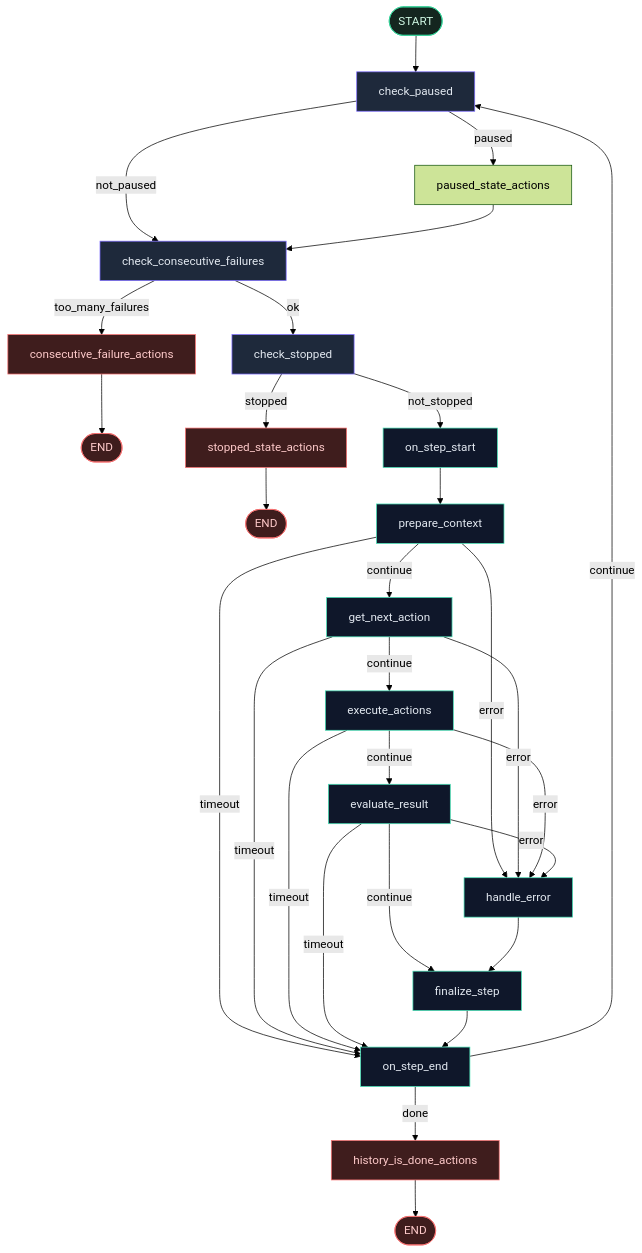
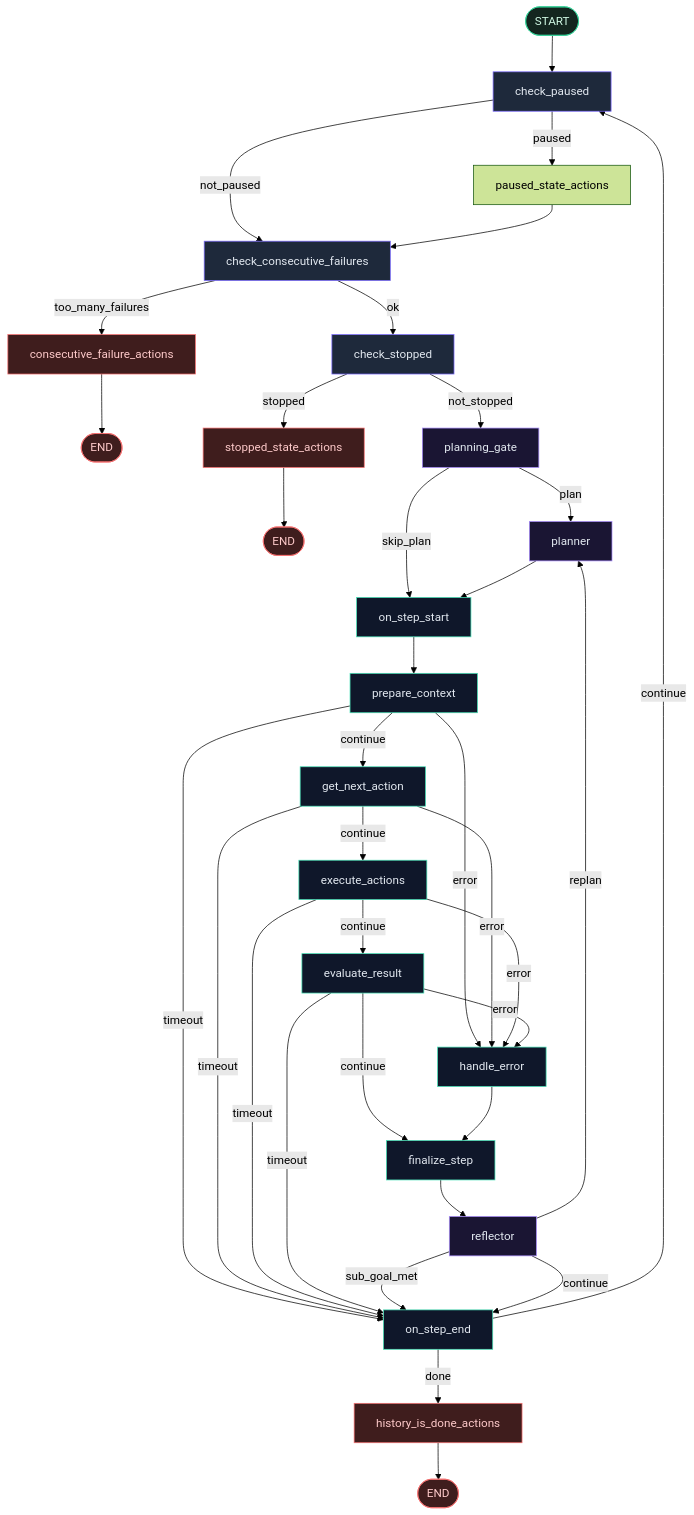
The diagram in README.md (dv7453/OrchestrAI), drawn with Mermaid (forest theme) before and after one commit. The commit also changed other lines of this file and 20 other files, not shown here.

````diff
--- a/README.md
+++ b/README.md
@@ -129,50 +209,60 @@
 ```mermaid
 flowchart TD
   START([START]) --> CP[check_paused]
 
   CP -->|paused| PA[paused_state_actions]
   CP -->|not_paused| CF[check_consecutive_failures]
   PA --> CF
 
   CF -->|too_many_failures| FAIL[consecutive_failure_actions]
   CF -->|ok| CS[check_stopped]
   FAIL --> END1([END])
 
   CS -->|stopped| STOP[stopped_state_actions]
-  CS -->|not_stopped| OSS[on_step_start]
+  CS -->|not_stopped| PG[planning_gate]
   STOP --> END2([END])
+
+  PG -->|plan| PL[planner]
+  PG -->|skip_plan| OSS[on_step_start]
+  PL --> OSS
 
   OSS --> PC[prepare_context]
   PC -->|timeout| OSE[on_step_end]
   PC -->|error| HE[handle_error]
   PC -->|continue| GNA[get_next_action]
 
   GNA -->|timeout| OSE
   GNA -->|error| HE
   GNA -->|continue| EA[execute_actions]
 
   EA -->|timeout| OSE
   EA -->|error| HE
   EA -->|continue| ER[evaluate_result]
 
   ER -->|timeout| OSE
   ER -->|error| HE
   ER -->|continue| FS[finalize_step]
 
   HE --> FS
-  FS --> OSE
+  FS --> RF[reflector]
+
+  RF -->|sub_goal_met| OSE
+  RF -->|continue| OSE
+  RF -->|replan| PL
 
   OSE -->|done| DONE[history_is_done_actions]
   OSE -->|continue| CP
   DONE --> END3([END])
 
   classDef guard fill:#1e293b,stroke:#7c6cff,color:#e2e8f0
   classDef step fill:#0f172a,stroke:#46E3B7,color:#e2e8f0
+  classDef plan fill:#1a1533,stroke:#a78bfa,color:#e2e8f0
   classDef endn fill:#3f1d1d,stroke:#f87171,color:#fecaca
   classDef start fill:#14261f,stroke:#34d399,color:#d1fae5
 
   class CP,CF,CS guard
   class OSS,PC,GNA,EA,ER,FS,HE,OSE step
+  class PG,PL,RF plan
   class FAIL,STOP,DONE,END1,END2,END3 endn
   class START start
 ```
````
